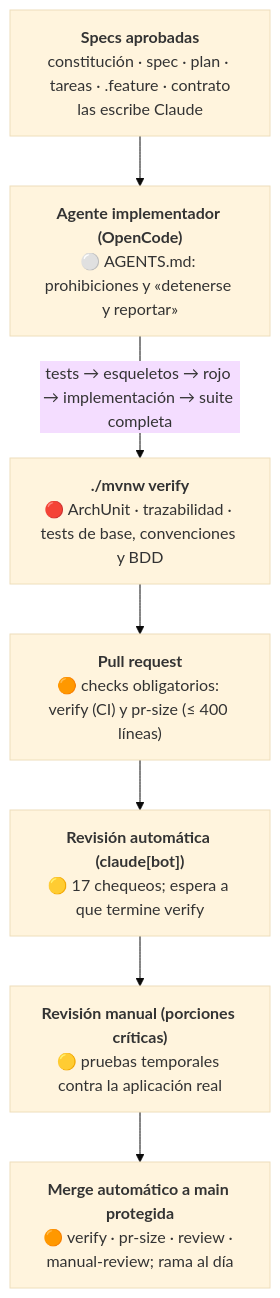
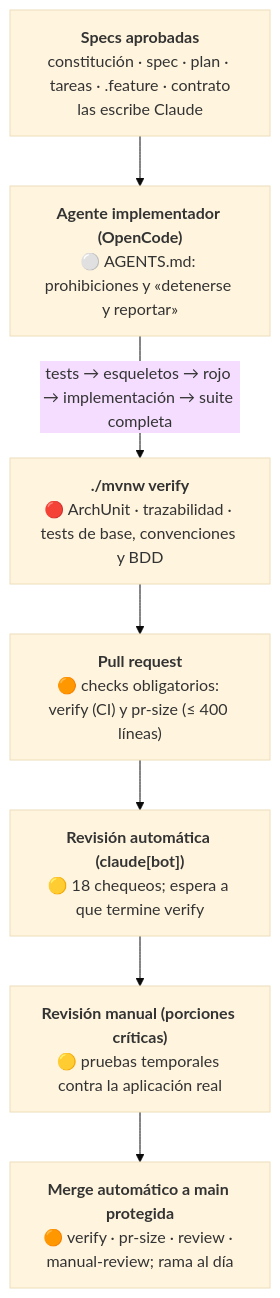
Before and after one commit to WallKsys/cocos-backend-challenge: the diagram in docs/reglas-y-barreras.md, drawn with Mermaid (base theme). The commit also changed other lines of this file and 4 other files, not shown here.

````diff
--- a/docs/reglas-y-barreras.md
+++ b/docs/reglas-y-barreras.md
@@ -37,13 +37,13 @@
 ```mermaid
 flowchart TD
     S["<b>Specs aprobadas</b><br/>constitución · spec · plan · tareas · .feature · contrato<br/>las escribe Claude"]
     A["<b>Agente implementador (OpenCode)</b><br/>⚪ AGENTS.md: prohibiciones y «detenerse y reportar»"]
     B["<b>./mvnw verify</b><br/>🔴 ArchUnit · trazabilidad · tests de base, convenciones y BDD"]
     P["<b>Pull request</b><br/>🟠 checks obligatorios: verify (CI) y pr-size (≤ 400 líneas)"]
-    R["<b>Revisión automática (claude[bot])</b><br/>🟡 17 chequeos; espera a que termine verify"]
+    R["<b>Revisión automática (claude[bot])</b><br/>🟡 18 chequeos; espera a que termine verify"]
     M["<b>Revisión manual (porciones críticas)</b><br/>🟡 pruebas temporales contra la aplicación real"]
     G["<b>Merge automático a main protegida</b><br/>🟠 verify · pr-size · review · manual-review; rama al día"]
     S --> A
     A -- "tests → esqueletos → rojo → implementación → suite completa" --> B
     B --> P --> R --> M --> G
 ```
````
